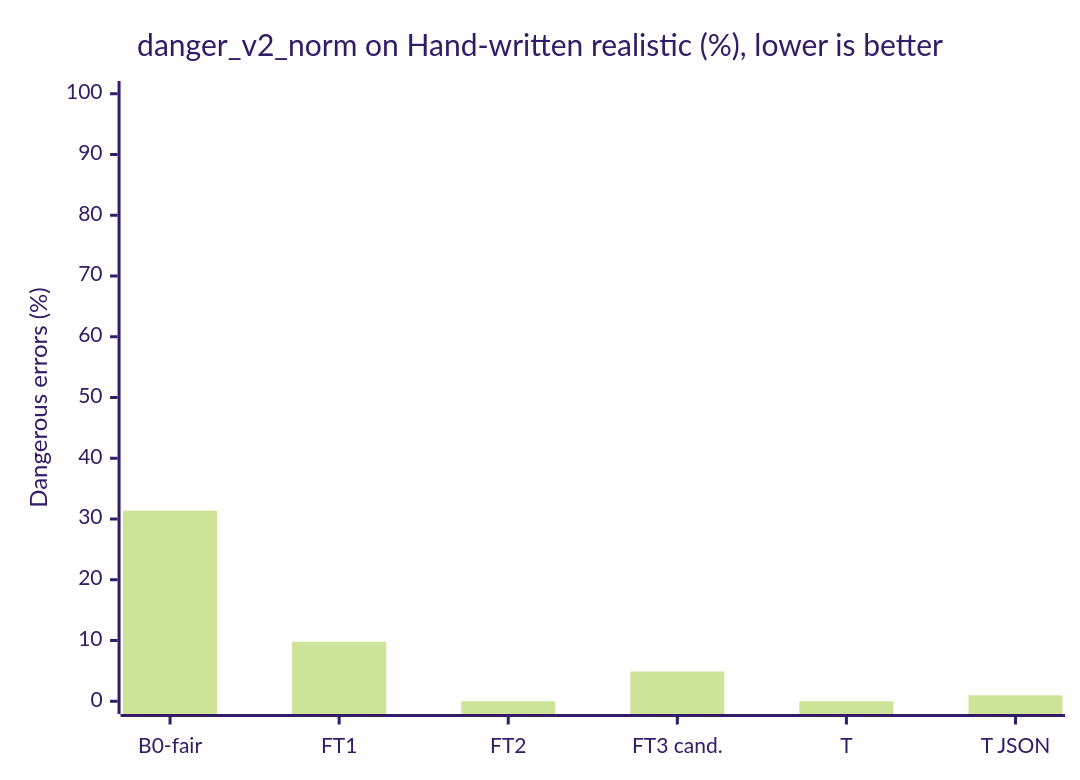
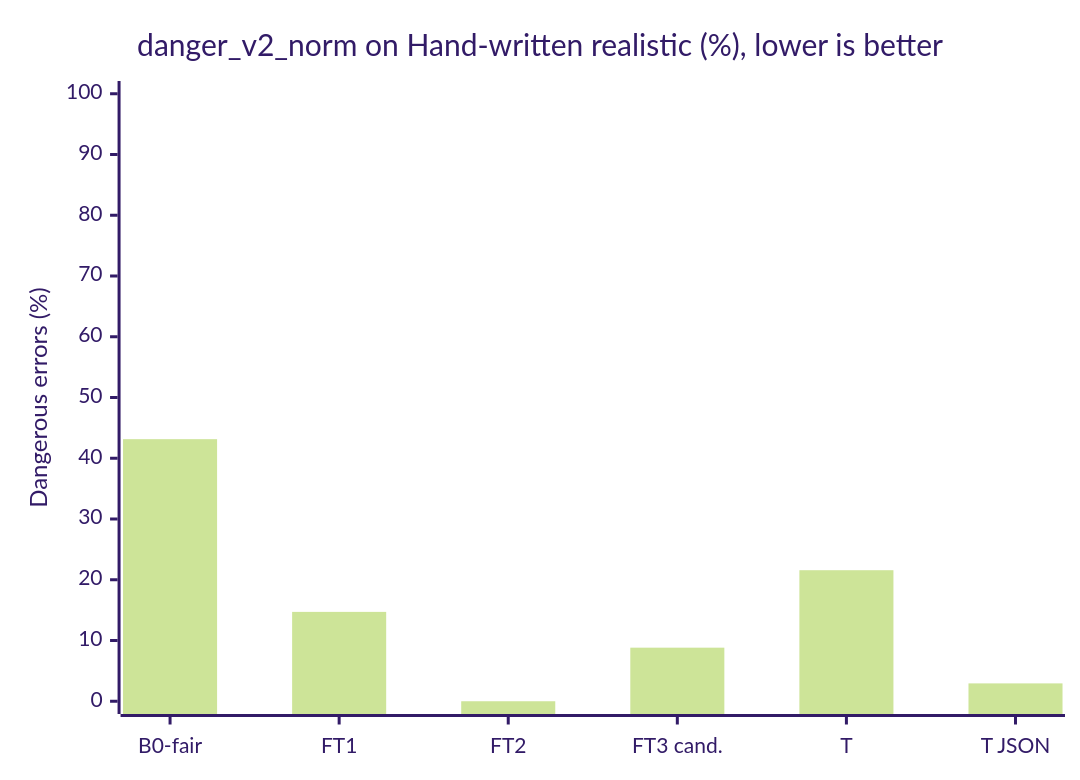
One commit to Vedant817/aaji-pill-clerk changed the second of 4 diagrams in eval/results.md. Above: the diagram before and after it, drawn with Mermaid (forest theme). The commit also changed other lines of this file and 40 other files, not shown here.

````diff
--- a/eval/results.md
+++ b/eval/results.md
@@ -186,7 +192,7 @@
 ```mermaid
 xychart-beta
     title "danger_v2_norm on Hand-written realistic (%), lower is better"
     x-axis ["B0-fair", "FT1", "FT2", "FT3 cand.", "T", "T JSON"]
     y-axis "Dangerous errors (%)" 0 --> 100
-    bar [31.37, 9.80, 0, 4.90, 0, 0.98]
+    bar [43.14, 14.71, 0, 8.82, 21.57, 2.94]
 ```
````
